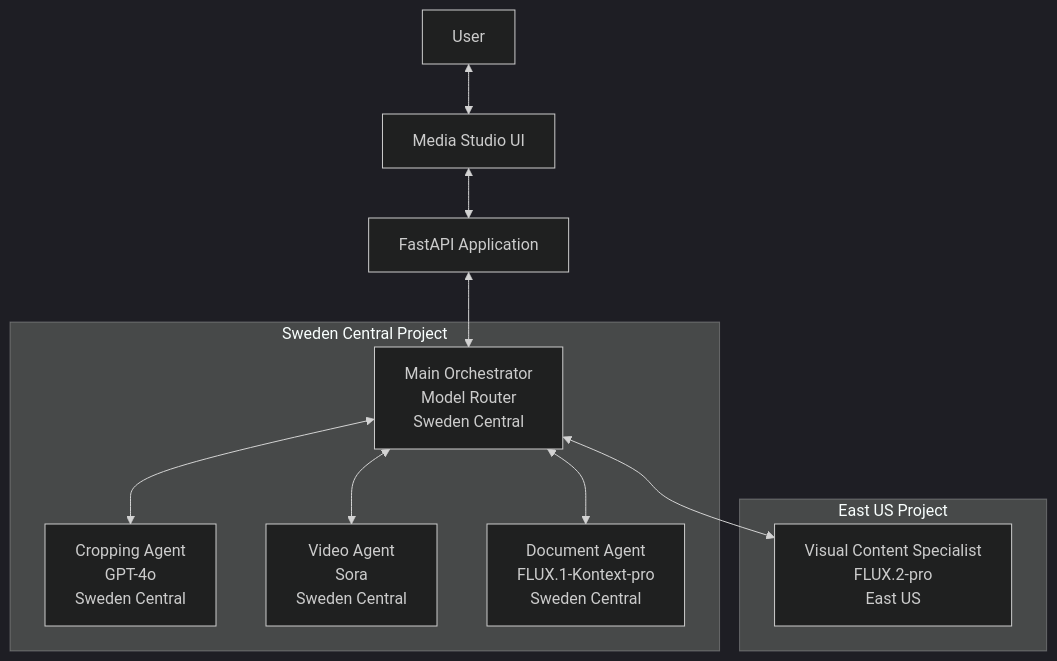
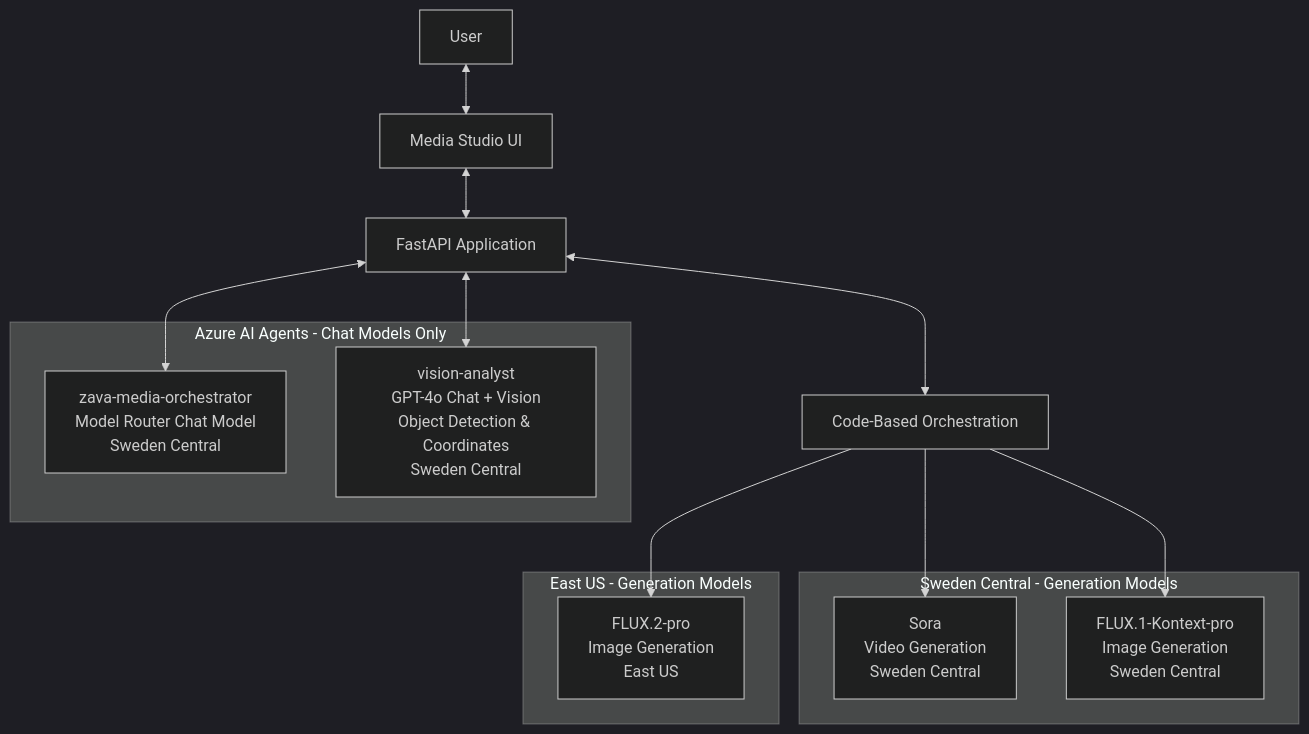
One commit to MicrosoftCloudEssentials-LearningHub/Agentic-AI-Media-Assistant changed the diagram in README.md. Above: the diagram before and after it, drawn with Mermaid (dark theme). The commit also changed other lines of this file and 60 other files, not shown here.

Commit message:
Update all agents and app mode

````diff
--- a/README.md
+++ b/README.md
@@ -121,22 +134,28 @@
 ```mermaid
 graph TD
     User[User] <--> UI[Media Studio UI]
     UI <--> App[FastAPI Application]
-    App <--> Orchestrator[Main Orchestrator<br/>Model Router<br/>Sweden Central]
     
-    Orchestrator <--> Crop[Cropping Agent<br/>GPT-4o<br/>Sweden Central]
-    Orchestrator <--> Visual[Visual Content Specialist<br/>FLUX.2-pro<br/>East US]
-    Orchestrator <--> Video[Video Agent<br/>Sora<br/>Sweden Central]
-    Orchestrator <--> Doc[Document Agent<br/>FLUX.1-Kontext-pro<br/>Sweden Central]
+    App <--> Orchestrator[zava-media-orchestrator<br/>Model Router Chat Model<br/>Sweden Central]
+    App <--> Vision[vision-analyst<br/>GPT-4o Chat + Vision<br/>Object Detection & Coordinates<br/>Sweden Central]
     
-    subgraph "Sweden Central Project"
+    App <--> CodeOrch[Code-Based Orchestration]
+    
+    CodeOrch --> Sora[Sora<br/>Video Generation<br/>Sweden Central]
+    CodeOrch --> FLUX1[FLUX.1-Kontext-pro<br/>Image Generation<br/>Sweden Central]
+    CodeOrch --> FLUX2[FLUX.2-pro<br/>Image Generation<br/>East US]
+    
+    subgraph "Azure AI Agents - Chat Models Only"
         Orchestrator
-        Crop
-        Video
-        Doc
+        Vision
     end
     
-    subgraph "East US Project"
-        Visual
+    subgraph "Sweden Central - Generation Models"
+        Sora
+        FLUX1
+    end
+    
+    subgraph "East US - Generation Models"
+        FLUX2
     end
 ```
````
